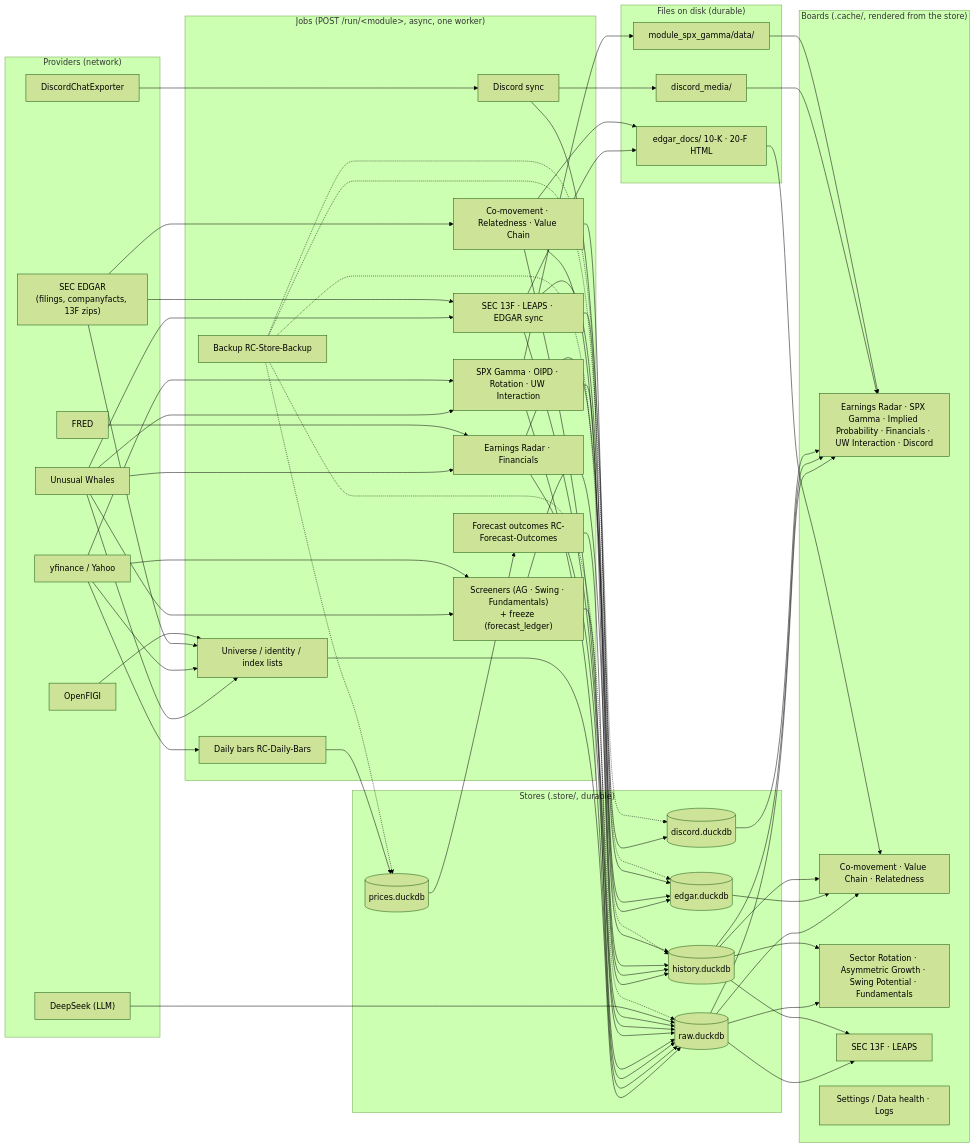
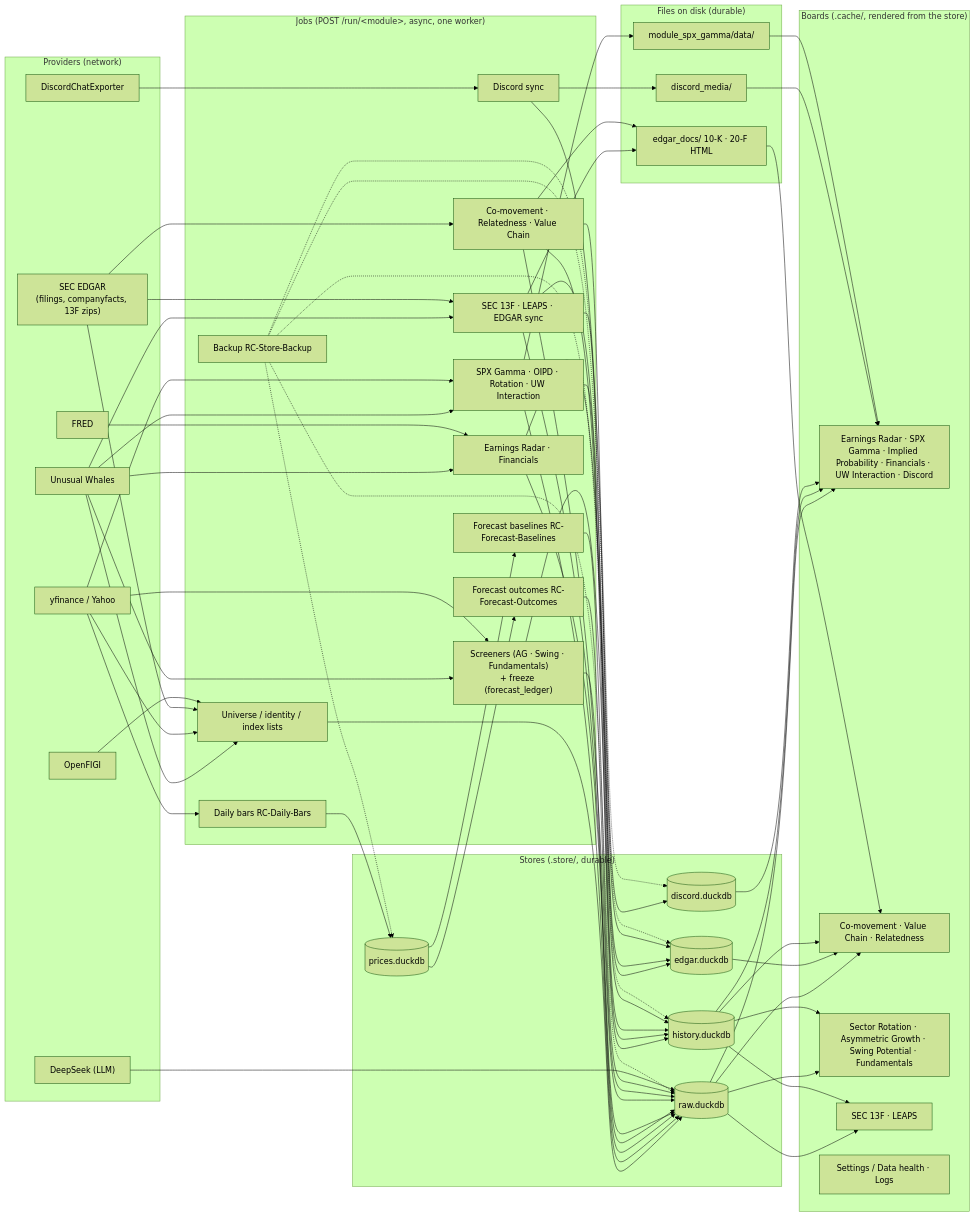
Before and after one commit to alsanvolkan/RevenueChaser-public: the diagram in docs/system_map.md, drawn with Mermaid (forest theme). The commit also changed other lines of this file and 10 other files, not shown here.

Commit message:
HR-1 review fixes: docstring truth (adjusted for dividends), dividend fixture, one-pass horizons and open rows only, CLI and RC-Forecast-Baselines task, nits (#25)

````diff
--- a/docs/system_map.md
+++ b/docs/system_map.md
@@ -81,76 +82,79 @@
 ```mermaid
 flowchart LR
     subgraph providers["Providers (network)"]
         UW["Unusual Whales"]
         YF["yfinance / Yahoo"]
         SEC["SEC EDGAR<br/>(filings, companyfacts, 13F zips)"]
         FRED["FRED"]
         OF["OpenFIGI"]
         DCE["DiscordChatExporter"]
         DS["DeepSeek (LLM)"]
     end
 
     subgraph jobs["Jobs (POST /run/&lt;module&gt;, async, one worker)"]
         UNI["Universe / identity / index lists"]
         MKT["SPX Gamma · OIPD · Rotation · UW Interaction"]
         SCR["Screeners (AG · Swing · Fundamentals)<br/>+ freeze (forecast_ledger)"]
         ERN["Earnings Radar · Financials"]
         OWN["SEC 13F · LEAPS · EDGAR sync"]
         COM["Co-movement · Relatedness · Value Chain"]
         DBC["Discord sync"]
         BAR["Daily bars RC-Daily-Bars"]
         OUT["Forecast outcomes RC-Forecast-Outcomes"]
+        BAS["Forecast baselines RC-Forecast-Baselines"]
         BAK["Backup RC-Store-Backup"]
     end
 
     subgraph stores["Stores (.store/, durable)"]
         RAW[("raw.duckdb")]
         EDGAR[("edgar.duckdb")]
         PRICES[("prices.duckdb")]
         HIST[("history.duckdb")]
         DISCORD[("discord.duckdb")]
     end
 
     subgraph files["Files on disk (durable)"]
         EDOCS["edgar_docs/ 10-K · 20-F HTML"]
         DMEDIA["discord_media/"]
         SPXTREE["module_spx_gamma/data/"]
     end
 
     subgraph boards["Boards (.cache/, rendered from the store)"]
         B_RESEARCH["Earnings Radar · SPX Gamma · Implied Probability · Financials · UW Interaction · Discord"]
         B_CLASS["Co-movement · Value Chain · Relatedness"]
         B_SCREEN["Sector Rotation · Asymmetric Growth · Swing Potential · Fundamentals"]
         B_OWN["SEC 13F · LEAPS"]
         B_OPS["Settings / Data health · Logs"]
     end
 
     UW --> MKT & SCR & ERN & OWN & UNI
     YF --> UNI & MKT & SCR & BAR
     SEC --> OWN & UNI & COM
     FRED --> ERN
     OF --> UNI
     DCE --> DBC
 
     UNI --> RAW
     MKT --> RAW & SPXTREE & HIST
     SCR --> RAW & HIST
     ERN --> RAW & EDGAR
     OWN --> RAW & EDGAR & EDOCS & HIST
     COM --> RAW & EDGAR & EDOCS & HIST
     DBC --> DISCORD & DMEDIA
     BAR --> PRICES
     OUT --> RAW
+    BAS --> RAW
     DS --> RAW
 
     RAW --> B_RESEARCH & B_CLASS & B_SCREEN & B_OWN
     EDGAR --> B_CLASS
     PRICES --> OUT
+    PRICES --> BAS
     HIST --> B_RESEARCH & B_CLASS & B_SCREEN & B_OWN
     DISCORD --> B_RESEARCH
     EDOCS --> B_CLASS
     DMEDIA --> B_RESEARCH
     SPXTREE --> B_RESEARCH
 
     BAK -.-> RAW & EDGAR & PRICES & HIST & DISCORD
 ```
````
